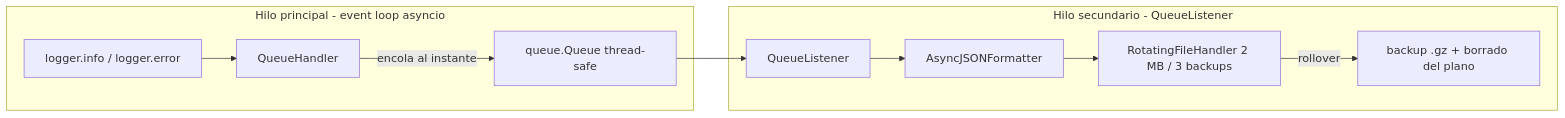
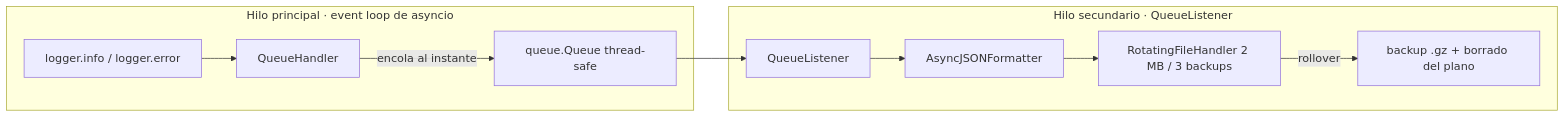
One commit to john-alexanderr/-Sistema-de-Telemetr-a-Multicloud-y-Observabilidad-As-ncrona-Proyecto-Trit-n- changed the second of 2 diagrams in README.md. Above: the diagram before and after it, drawn with Mermaid. The commit also changed other lines of this file, not shown here.

Commit message:
docs: diagrama de arquitectura por fases con caminos de exito, fallo y caos

````diff
--- a/README.md
+++ b/README.md
@@ -34,13 +96,13 @@
 ```mermaid
 flowchart LR
-    subgraph Hilo principal - event loop asyncio
+    subgraph HP["Hilo principal · event loop de asyncio"]
         L[logger.info / logger.error] --> QH[QueueHandler]
         QH -->|encola al instante| Q[queue.Queue thread-safe]
     end
-    subgraph Hilo secundario - QueueListener
+    subgraph HS["Hilo secundario · QueueListener"]
         Q --> QL[QueueListener]
         QL --> F[AsyncJSONFormatter]
         F --> R[RotatingFileHandler 2 MB / 3 backups]
         R -->|rollover| GZ[backup .gz + borrado del plano]
     end
 ```
````
